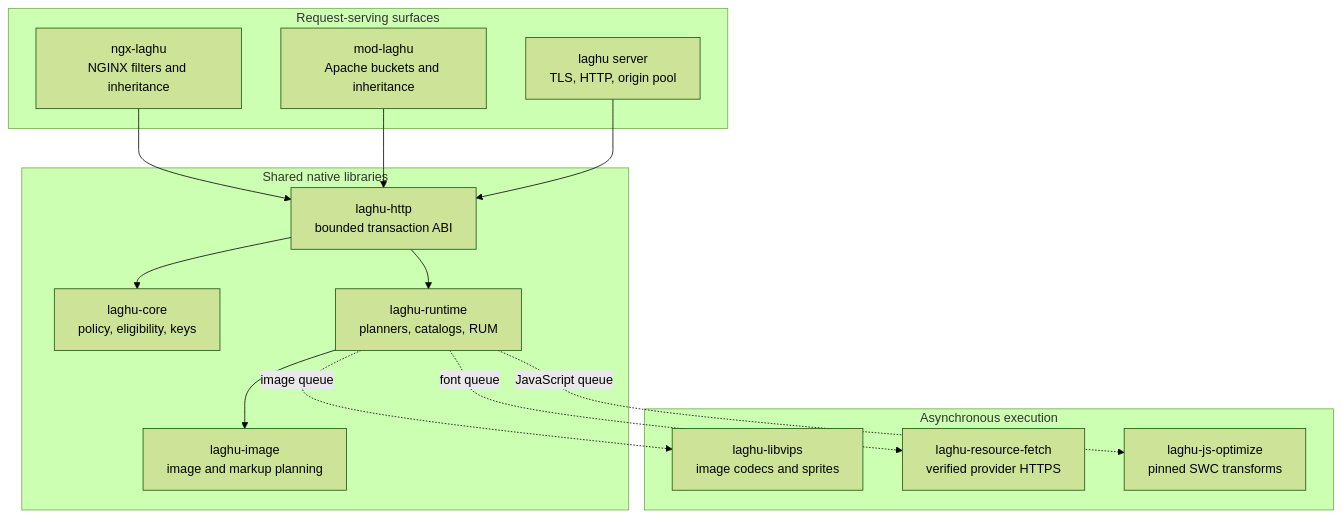
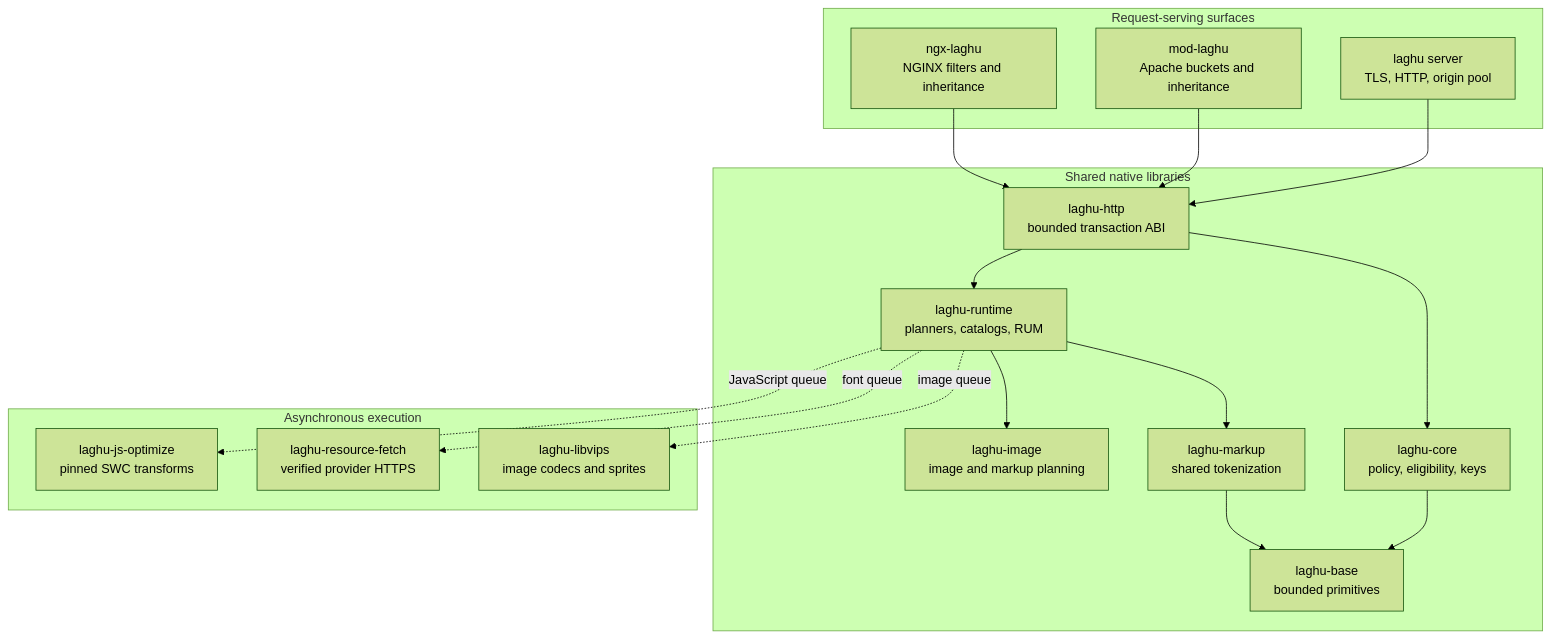
The second of 3 diagrams in docs/pages/02-architecture.md (Code-Vedas/laghu), drawn with Mermaid (forest theme) before and after one commit. The commit also changed other lines of this file and 52 other files, not shown here.

````diff
--- a/docs/pages/02-architecture.md
+++ b/docs/pages/02-architecture.md
@@ -51,31 +51,36 @@
 ```mermaid
 flowchart TB
   subgraph surfaces[Request-serving surfaces]
     nginx[ngx-laghu<br/>NGINX filters and inheritance]
     apache[mod-laghu<br/>Apache buckets and inheritance]
     proxy[laghu server<br/>TLS, HTTP, origin pool]
   end
 
   subgraph libraries[Shared native libraries]
+    base[laghu-base<br/>bounded primitives]
+    markup[laghu-markup<br/>shared tokenization]
     http[laghu-http<br/>bounded transaction ABI]
     core[laghu-core<br/>policy, eligibility, keys]
     runtime[laghu-runtime<br/>planners, catalogs, RUM]
     image[laghu-image<br/>image and markup planning]
   end
 
   subgraph async[Asynchronous execution]
     vips[laghu-libvips<br/>image codecs and sprites]
     fetch[laghu-resource-fetch<br/>verified provider HTTPS]
     swc[laghu-js-optimize<br/>pinned SWC transforms]
   end
 
   nginx --> http
   apache --> http
   proxy --> http
   http --> core
   http --> runtime
+  core --> base
+  markup --> base
+  runtime --> markup
   runtime --> image
   runtime -. image queue .-> vips
   runtime -. font queue .-> fetch
   runtime -. JavaScript queue .-> swc
 ```
````
